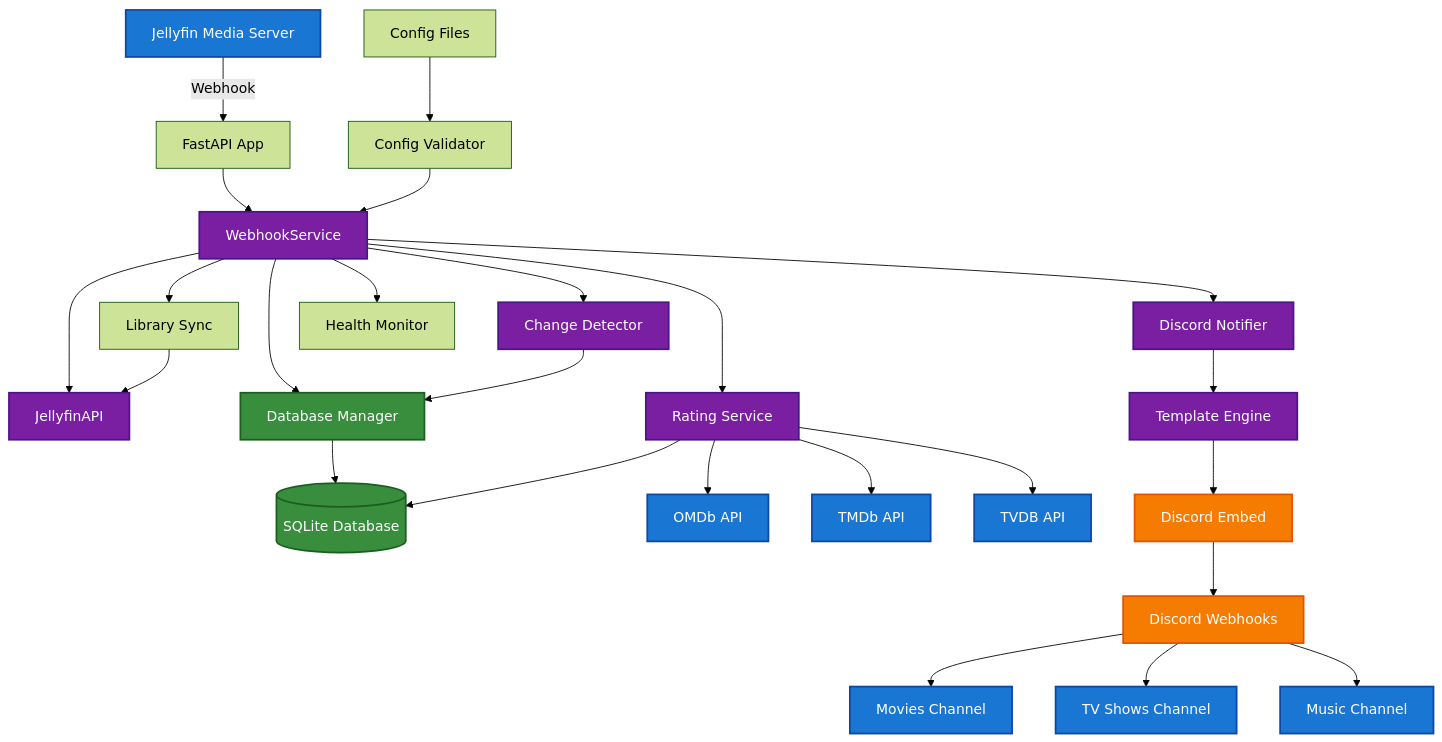
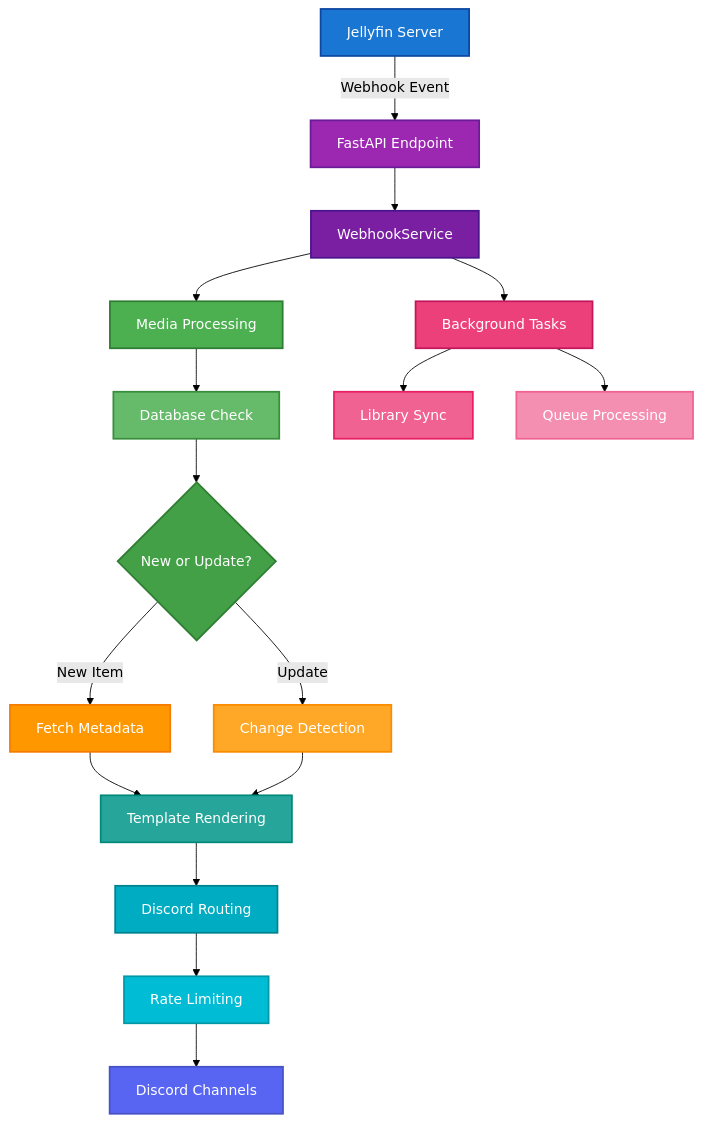
One commit to themaluxis/Jellynouncer changed the diagram in Readme.md. Above: the diagram before and after it, drawn with Mermaid (forest theme). The commit also changed other lines of this file, not shown here.

````diff
--- a/Readme.md
+++ b/Readme.md
@@ -329,53 +222,50 @@
 ```mermaid
 graph TD
-    %% Main Flow
-    A[Jellyfin Media Server] -->|Webhook| B[FastAPI App]
+A[Jellyfin Server] -->|Webhook Event| B[FastAPI Endpoint]
     B --> C[WebhookService]
     
-    %% Core Components
-    C --> D[JellyfinAPI]
-    C --> E[Change Detector]  
-    C --> F[Database Manager]
-    C --> G[Discord Notifier]
-    C --> H[Rating Service]
+    C --> D[Media Processing]
+    D --> E[Database Check]
+    E --> F{New or Update?}
     
-    %% Database Layer
-    E --> F
-    F --> DB[(SQLite Database)]
-    H --> DB
+    F -->|New Item| G[Fetch Metadata]
+    F -->|Update| H[Change Detection]
     
-    %% External APIs
-    H --> API1[OMDb API]
-    H --> API2[TMDb API]
-    H --> API3[TVDB API]
+    G --> I[Template Rendering]
+    H --> I
     
-    %% Discord Flow
-    G --> TMPL[Template Engine]
-    TMPL --> JSON[Discord Embed]
-    JSON --> DISCORD[Discord Webhooks]
+    I --> J[Discord Routing]
+    J --> K[Rate Limiting]
+    K --> L[Discord Channels]
     
-    %% Output Channels
-    DISCORD --> CH1[Movies Channel]
-    DISCORD --> CH2[TV Shows Channel] 
-    DISCORD --> CH3[Music Channel]
+    C --> M[Background Tasks]
+    M --> N[Library Sync]
+    M --> O[Queue Processing]
     
-    %% Configuration
-    CONFIG[Config Files] --> VALID[Config Validator]
-    VALID --> C
+    %% External Services (Blue)
+    style A fill:#1976d2,stroke:#0d47a1,stroke-width:2px,color:#fff
+    style L fill:#5865f2,stroke:#4752c4,stroke-width:2px,color:#fff
     
-    %% Background Tasks
-    C --> SYNC[Library Sync]
-    C --> HEALTH[Health Monitor]
-    SYNC --> D
+    %% Core Service (Purple)
+    style B fill:#9c27b0,stroke:#6a1b9a,stroke-width:2px,color:#fff
+    style C fill:#7b1fa2,stroke:#4a148c,stroke-width:2px,color:#fff
     
-    %% Styling
-    classDef external fill:#1976d2,stroke:#0d47a1,stroke-width:2px,color:#ffffff
-    classDef core fill:#7b1fa2,stroke:#4a148c,stroke-width:2px,color:#ffffff
-    classDef database fill:#388e3c,stroke:#1b5e20,stroke-width:2px,color:#ffffff
-    classDef discord fill:#f57c00,stroke:#e65100,stroke-width:2px,color:#ffffff
+    %% Processing Components (Green)
+    style D fill:#4caf50,stroke:#2e7d32,stroke-width:2px,color:#fff
+    style E fill:#66bb6a,stroke:#388e3c,stroke-width:2px,color:#fff
+    style F fill:#43a047,stroke:#2e7d32,stroke-width:2px,color:#fff
     
-    class A,API1,API2,API3,CH1,CH2,CH3 external
-    class C,D,E,G,H,TMPL core
-    class F,DB database
-    class JSON,DISCORD discord
+    %% Metadata & Enhancement (Orange)
+    style G fill:#ff9800,stroke:#f57c00,stroke-width:2px,color:#fff
+    style H fill:#ffa726,stroke:#fb8c00,stroke-width:2px,color:#fff
+    
+    %% Output Processing (Teal)
+    style I fill:#26a69a,stroke:#00897b,stroke-width:2px,color:#fff
+    style J fill:#00acc1,stroke:#00838f,stroke-width:2px,color:#fff
+    style K fill:#00bcd4,stroke:#0097a7,stroke-width:2px,color:#fff
+    
+    %% Background Tasks (Pink)
+    style M fill:#ec407a,stroke:#c2185b,stroke-width:2px,color:#fff
+    style N fill:#f06292,stroke:#e91e63,stroke-width:2px,color:#fff
+    style O fill:#f48fb1,stroke:#f06292,stroke-width:2px,color:#fff
 ```
````
